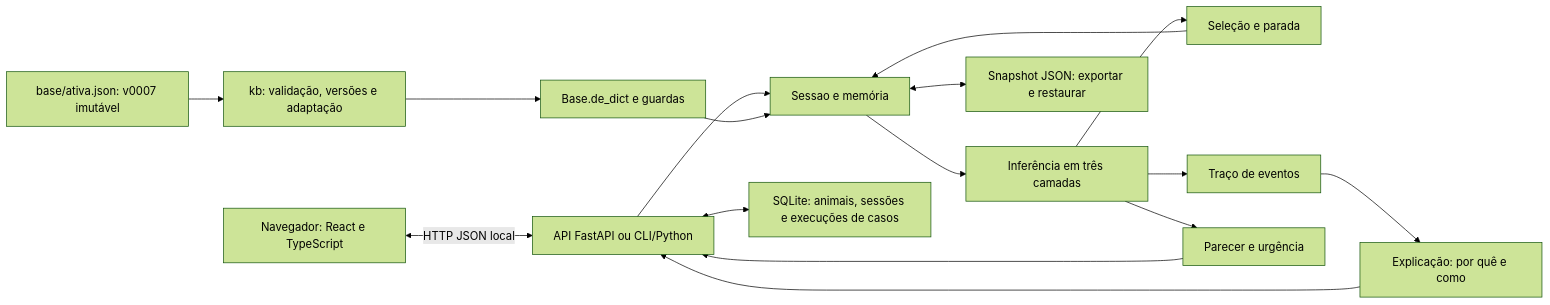
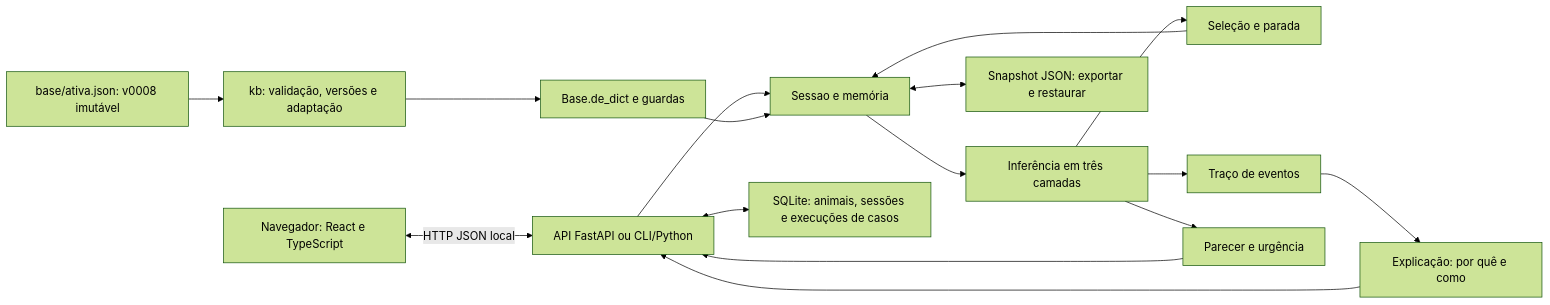
The diagram in docs/entrega/02-arquitetura.md (Caio-Augusto-Paiva/HackAthon), drawn with Mermaid (forest theme) before and after one commit. The commit also changed other lines of this file and 79 other files, not shown here.

````diff
--- a/docs/entrega/02-arquitetura.md
+++ b/docs/entrega/02-arquitetura.md
@@ -7,18 +7,18 @@
 ```mermaid
 flowchart LR
     W[Navegador: React e TypeScript] <-->|HTTP JSON local| C
-    J[base/ativa.json: v0007 imutável] --> K[kb: validação, versões e adaptação]
+    J[base/ativa.json: v0008 imutável] --> K[kb: validação, versões e adaptação]
     K --> V[Base.de_dict e guardas]
     C[API FastAPI ou CLI/Python] --> S[Sessao e memória]
     V --> S
     S --> I[Inferência em três camadas]
     I --> Q[Seleção e parada]
     Q --> S
     I --> T[Traço de eventos]
     T --> E[Explicação: por quê e como]
     I --> P[Parecer e urgência]
     E --> C
     P --> C
     S <--> R[Snapshot JSON: exportar e restaurar]
     C <--> D[SQLite: animais, sessões e execuções de casos]
 ```
````
